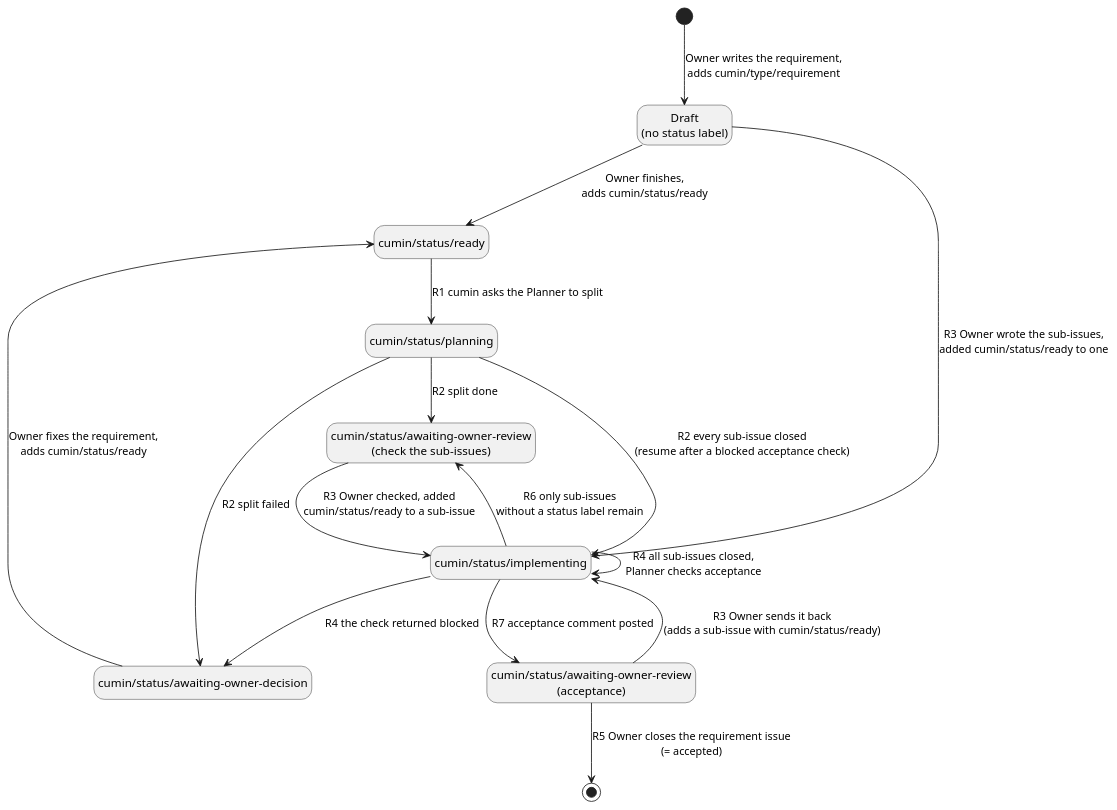
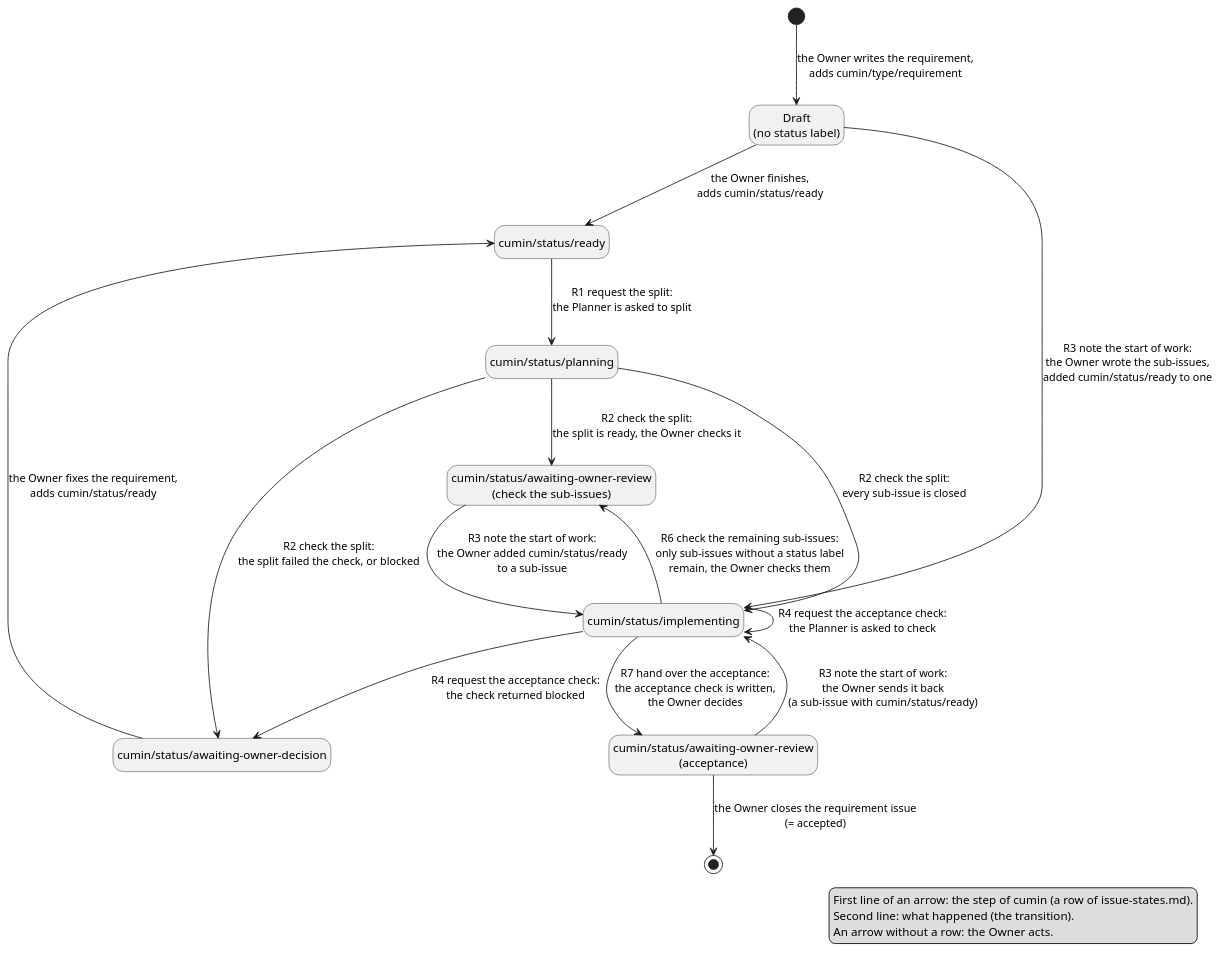
Before and after one commit to cloveclovedev/cumin-works: the diagram in docs/ja/requirements/workflow/requirement-issue-states.puml, drawn with PlantUML. The commit also changed 3 other files, not shown here.

First line of the commit message:
docs(requirements): draft the names of steps and transitions in the two state diagrams

```diff
--- a/docs/ja/requirements/workflow/requirement-issue-states.puml
+++ b/docs/ja/requirements/workflow/requirement-issue-states.puml
@@ -1,32 +1,40 @@
 @startuml requirement-issue-states
 ' cumin works - states of a requirement issue.
-' A state is a label on GitHub. Each arrow names one row of issue-states.md (R1 to R7).
+' A state is a label on GitHub. Each arrow is one transition. Its first line names the step of cumin
+' that makes it (with the row of issue-states.md), and the second line says what happened.
+' One step can have several arrows.
 ' Render: run scripts/render-diagrams.sh at the root of the repository.
 
 hide empty description
 
 state "Draft\n(no status label)" as Draft
 state "cumin/status/ready" as Ready
 state "cumin/status/planning" as Planning
 state "cumin/status/awaiting-owner-review\n(check the sub-issues)" as PlanReview
 state "cumin/status/implementing" as Implementing
 state "cumin/status/awaiting-owner-review\n(acceptance)" as Acceptance
 state "cumin/status/awaiting-owner-decision" as Decision
 
-[*] --> Draft : Owner writes the requirement,\nadds cumin/type/requirement
-Draft --> Ready : Owner finishes,\nadds cumin/status/ready
-Draft --> Implementing : R3 Owner wrote the sub-issues,\nadded cumin/status/ready to one
-Ready --> Planning : R1 cumin asks the Planner to split
-Planning --> PlanReview : R2 split done
-Planning --> Implementing : R2 every sub-issue closed\n(resume after a blocked acceptance check)
-Planning --> Decision : R2 split failed
-Decision --> Ready : Owner fixes the requirement,\nadds cumin/status/ready
-PlanReview --> Implementing : R3 Owner checked, added\ncumin/status/ready to a sub-issue
-Implementing --> Implementing : R4 all sub-issues closed,\nPlanner checks acceptance
-Implementing --> Decision : R4 the check returned blocked
-Implementing --> Acceptance : R7 acceptance comment posted
-Implementing --> PlanReview : R6 only sub-issues\nwithout a status label remain
-Acceptance --> Implementing : R3 Owner sends it back\n(adds a sub-issue with cumin/status/ready)
-Acceptance --> [*] : R5 Owner closes the requirement issue\n(= accepted)
+[*] --> Draft : the Owner writes the requirement,\nadds cumin/type/requirement
+Draft --> Ready : the Owner finishes,\nadds cumin/status/ready
+Draft --> Implementing : R3 note the start of work:\nthe Owner wrote the sub-issues,\nadded cumin/status/ready to one
+Ready --> Planning : R1 request the split:\nthe Planner is asked to split
+Planning --> PlanReview : R2 check the split:\nthe split is ready, the Owner checks it
+Planning --> Implementing : R2 check the split:\nevery sub-issue is closed
+Planning --> Decision : R2 check the split:\nthe split failed the check, or blocked
+Decision --> Ready : the Owner fixes the requirement,\nadds cumin/status/ready
+PlanReview --> Implementing : R3 note the start of work:\nthe Owner added cumin/status/ready\nto a sub-issue
+Implementing --> Implementing : R4 request the acceptance check:\nthe Planner is asked to check
+Implementing --> Decision : R4 request the acceptance check:\nthe check returned blocked
+Implementing --> Acceptance : R7 hand over the acceptance:\nthe acceptance check is written,\nthe Owner decides
+Implementing --> PlanReview : R6 check the remaining sub-issues:\nonly sub-issues without a status label\nremain, the Owner checks them
+Acceptance --> Implementing : R3 note the start of work:\nthe Owner sends it back\n(a sub-issue with cumin/status/ready)
+Acceptance --> [*] : the Owner closes the requirement issue\n(= accepted)
+
+legend right
+  First line of an arrow: the step of cumin (a row of issue-states.md).
+  Second line: what happened (the transition).
+  An arrow without a row: the Owner acts.
+endlegend
 
 @enduml
```
